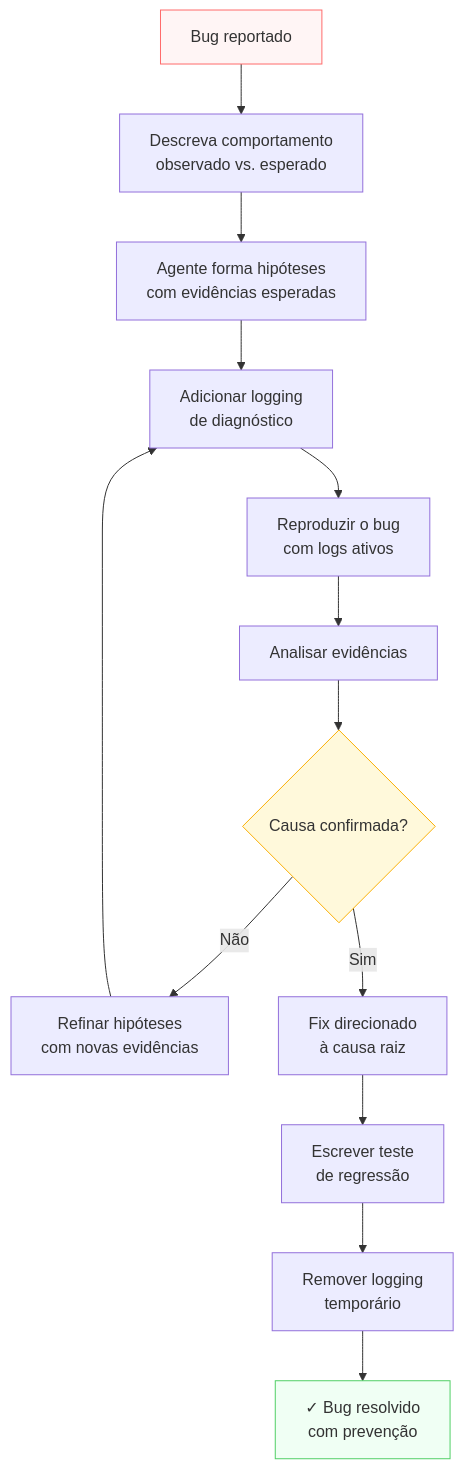
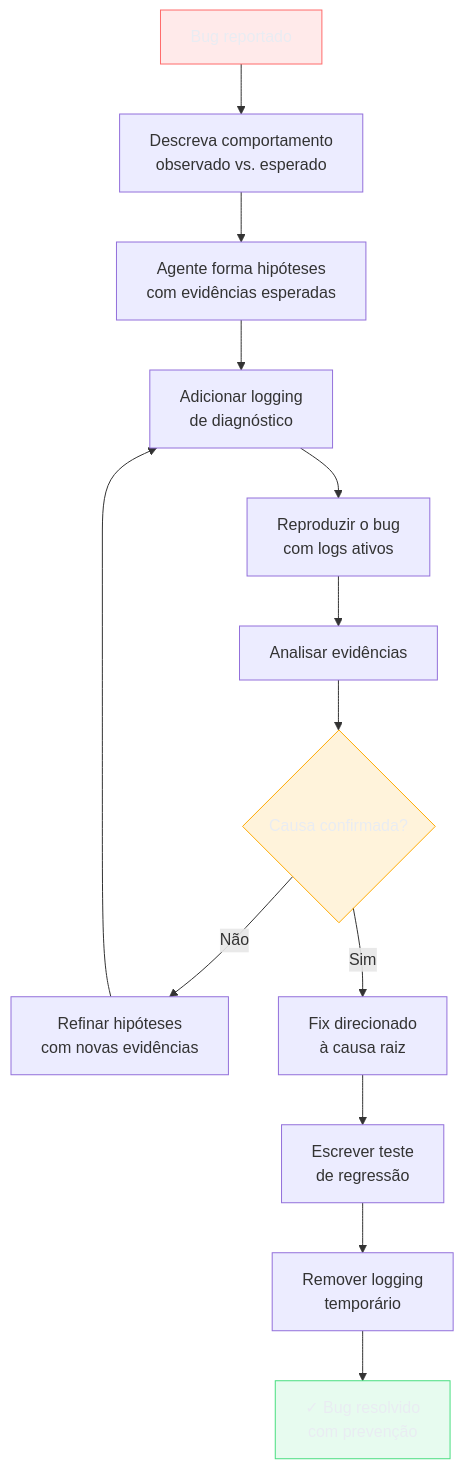
Before and after one commit to josenaldo/codex-technomanticus: the diagram in 03-Dominios/Tecnologia/IA/Claude Code/Workflows/04 - Debugging complexo.md, drawn with Mermaid. The commit also changed 1181 other files, not shown here.

First line of the commit message:
fix(diagramas): paleta do sistema no lugar de cor cravada no markdown

````diff
--- a/03-Dominios/Tecnologia/IA/Claude Code/Workflows/04 - Debugging complexo.md
+++ b/03-Dominios/Tecnologia/IA/Claude Code/Workflows/04 - Debugging complexo.md
@@ -49,19 +49,22 @@
 ```mermaid
 flowchart TD
+    classDef falha fill:#FF6B6B24,stroke:#FF6B6B,color:#E9ECF2
+    classDef ok fill:#4ADE8021,stroke:#4ADE80,color:#E9ECF2
+    classDef destaque fill:#FFAA0024,stroke:#FFAA00,color:#E9ECF2
     A[Bug reportado] --> B[Descreva comportamento\nobservado vs. esperado]
     B --> C[Agente forma hipóteses\ncom evidências esperadas]
     C --> D[Adicionar logging\nde diagnóstico]
     D --> E[Reproduzir o bug\ncom logs ativos]
     E --> F[Analisar evidências]
     F --> G{Causa confirmada?}
     G -- Não --> H[Refinar hipóteses\ncom novas evidências]
     H --> D
     G -- Sim --> I[Fix direcionado\nà causa raiz]
     I --> J[Escrever teste\nde regressão]
     J --> K[Remover logging\ntemporário]
     K --> L[✓ Bug resolvido\ncom prevenção]
 
-    style A fill:#fff5f5,stroke:#ff6b6b
-    style L fill:#f0fff4,stroke:#51cf66
-    style G fill:#fff9db,stroke:#fab005
+    class A falha
+    class L ok
+    class G destaque
 ```
````
